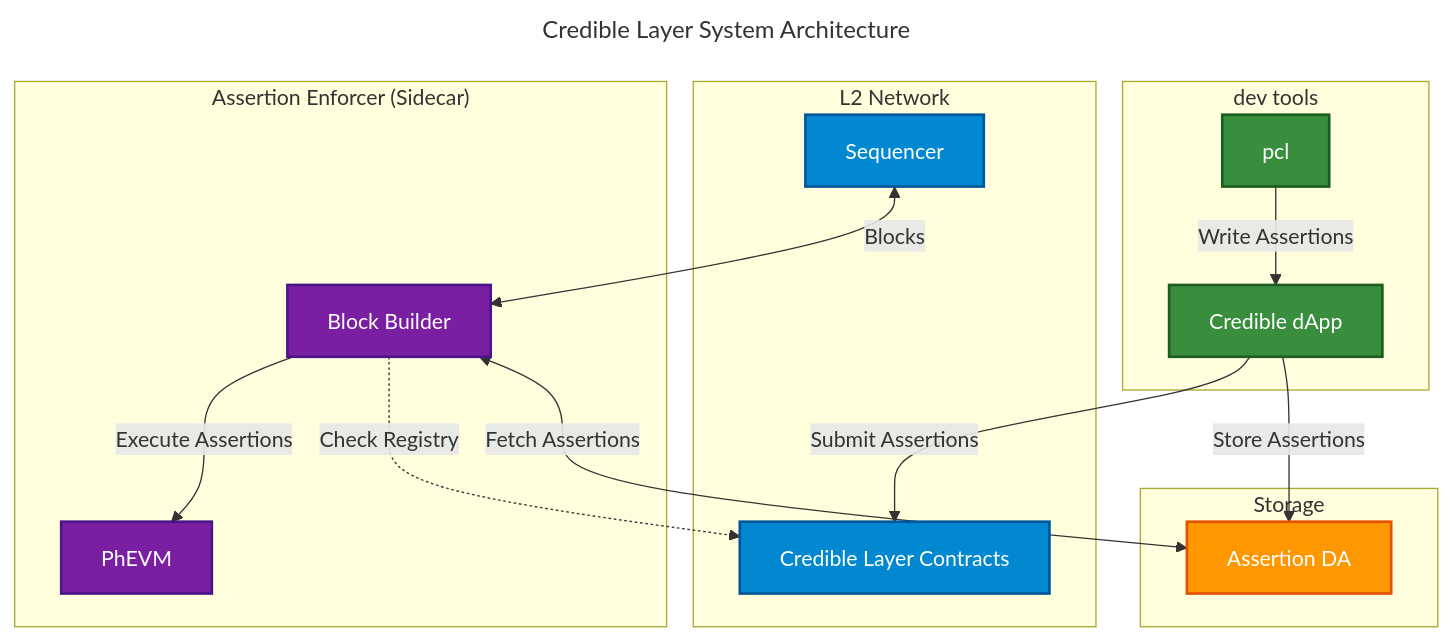
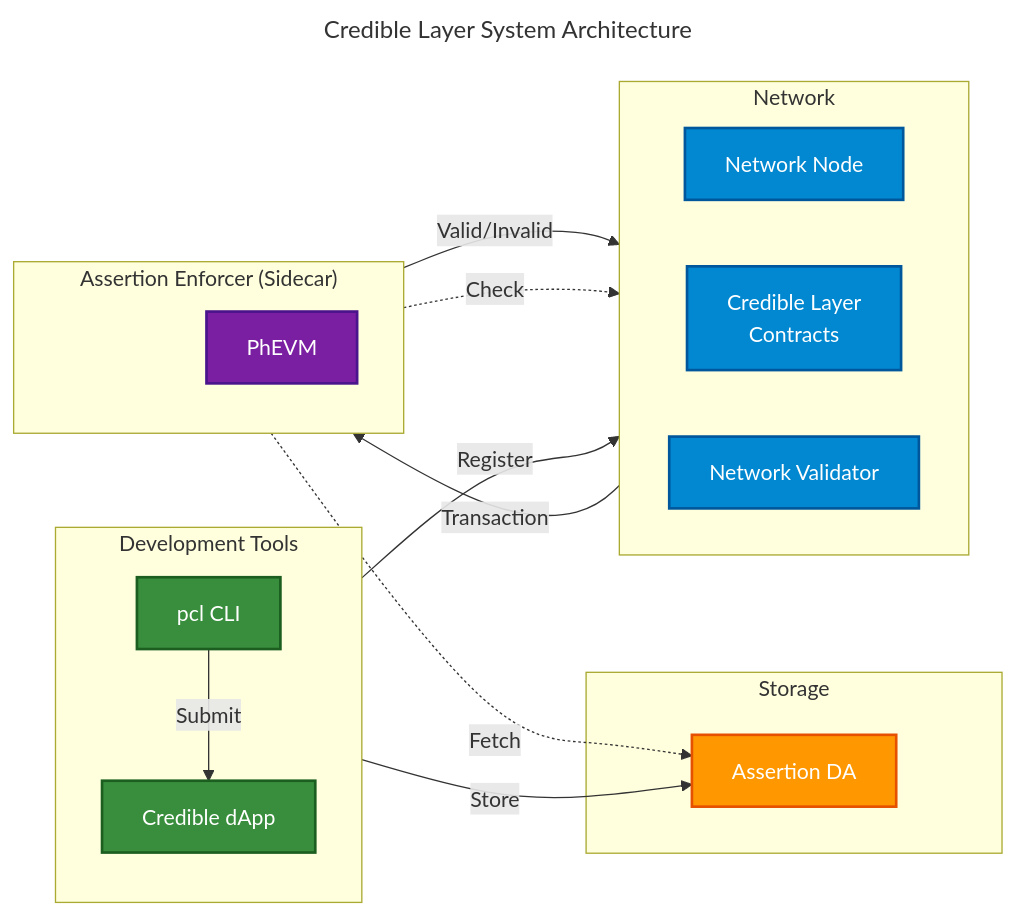
The first of 3 diagrams in credible/architecture-overview.mdx (phylaxsystems/phylax-docs), drawn with Mermaid before and after one commit. The commit also changed other lines of this file, not shown here.

Commit message:
implement feedback for diagrams

````diff
--- a/credible/architecture-overview.mdx
+++ b/credible/architecture-overview.mdx
@@ -39,48 +39,49 @@
 ```mermaid
 ---
 title: Credible Layer System Architecture
 ---
-flowchart TB
-    subgraph dev["dev tools"]
-        CLI["pcl"]
+flowchart LR
+    subgraph dev["Development Tools"]
+        direction TB
+        CLI["pcl CLI"]
         DAPP["Credible dApp"]
-    end
-
-    subgraph l2["L2 Network"]
-        SEQ["Sequencer"]
-        REGISTRY["Credible Layer Contracts"]
-    end
-
-    subgraph sidecar["Assertion Enforcer (Sidecar)"]
-        SPACER[" "]
-        BB["Block Builder"]
-        PhEVM["PhEVM"]
-        SPACER ~~~ BB
-        SPACER ~~~ PhEVM
     end
 
     subgraph storage["Storage"]
         DA["Assertion DA"]
     end
 
-    CLI -->|"Write Assertions"| DAPP
-    DAPP -->|"Store Assertions"| DA
-    DAPP -->|"Submit Assertions"| REGISTRY
+    subgraph network["Network"]
+        direction LR
+        NODE["Network Node"]
+        REGISTRY["Credible Layer<br/>Contracts"]
+        VALIDATOR["Network Validator"]
+    end
 
-    SEQ <-->|"Blocks"| BB
-    BB -->|"Execute Assertions"| PhEVM
-    BB <-->|"Fetch Assertions"| DA
-    BB -.->|"Check Registry"| REGISTRY
+    subgraph enforcer["Assertion Enforcer (Sidecar)"]
+        direction TB
+        SPACER_E[" "]
+        PhEVM["PhEVM"]
+    end
+
+    CLI -->|"Store"| DA
+    CLI -->|"Submit"| DAPP
+    DAPP -->|"Register"| REGISTRY
+
+    NODE -->|"Transaction"| PhEVM
+    PhEVM -->|"Valid/Invalid"| VALIDATOR
+    PhEVM -.->|"Fetch"| DA
+    PhEVM -.->|"Check"| REGISTRY
 
     classDef dev fill:#388e3c,stroke:#1b5e20,stroke-width:2px,color:#fff
-    classDef l2 fill:#0288d1,stroke:#01579b,stroke-width:2px,color:#fff
+    classDef storage fill:#ff9800,stroke:#e65100,stroke-width:2px,color:#fff
+    classDef network fill:#0288d1,stroke:#01579b,stroke-width:2px,color:#fff
     classDef sidecar fill:#7b1fa2,stroke:#4a148c,stroke-width:2px,color:#fff
-    classDef storage fill:#ff9800,stroke:#e65100,stroke-width:2px,color:#fff
     classDef invisible fill:none,stroke:none
 
     class CLI,DAPP dev
-    class SEQ,REGISTRY l2
-    class BB,PhEVM sidecar
     class DA storage
-    class SPACER invisible
+    class NODE,REGISTRY,VALIDATOR network
+    class PhEVM sidecar
+    class SPACER_E invisible
 ```
````
